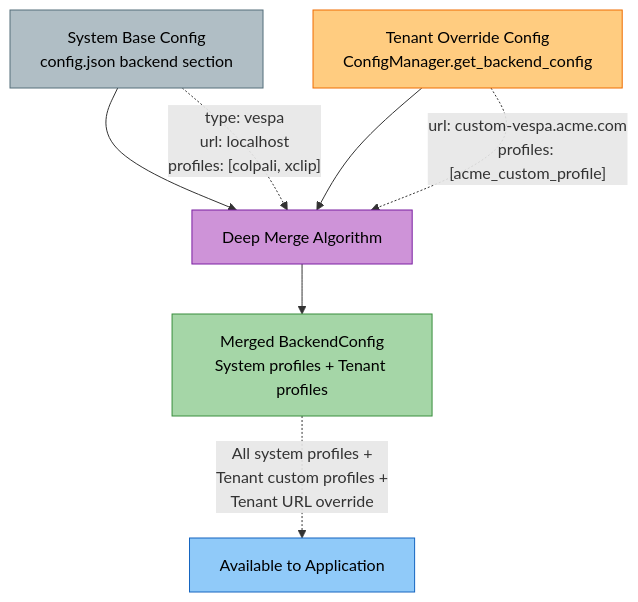
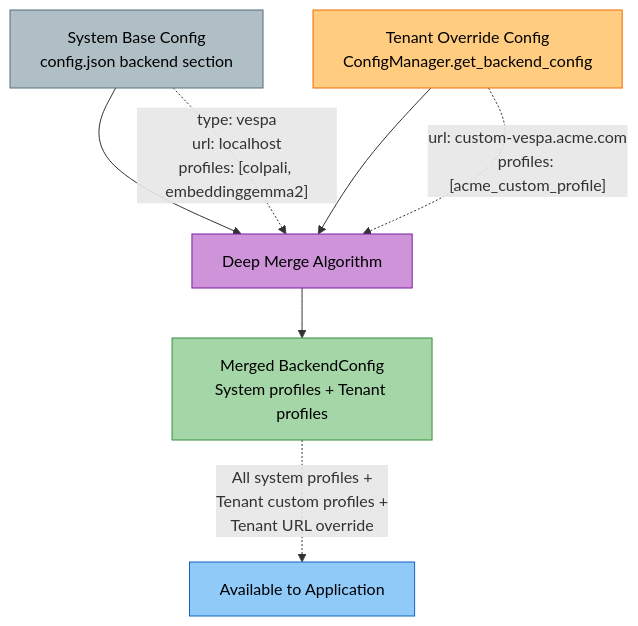
Before and after one commit to amit-jain/cogniverse: the second of 9 diagrams in docs/modules/backends.md, drawn with Mermaid. The commit also changed other lines of this file and 161 other files, not shown here.

````diff
--- a/docs/modules/backends.md
+++ b/docs/modules/backends.md
@@ -329,16 +330,16 @@
 ```mermaid
 flowchart TB
     SystemConfig["<span style='color:#000'>System Base Config<br/>config.json backend section</span>"] --> Merge["<span style='color:#000'>Deep Merge Algorithm</span>"]
     TenantConfig["<span style='color:#000'>Tenant Override Config<br/>ConfigManager.get_backend_config</span>"] --> Merge
     Merge --> MergedConfig["<span style='color:#000'>Merged BackendConfig<br/>System profiles + Tenant profiles</span>"]
 
-    SystemConfig -.->|"type: vespa<br/>url: localhost<br/>profiles: [colpali, xclip]"| Merge
+    SystemConfig -.->|"type: vespa<br/>url: localhost<br/>profiles: [colpali, embeddinggemma2]"| Merge
     TenantConfig -.->|"url: custom-vespa.acme.com<br/>profiles: [acme_custom_profile]"| Merge
     MergedConfig -.->|"All system profiles +<br/>Tenant custom profiles +<br/>Tenant URL override"| Result["<span style='color:#000'>Available to Application</span>"]
 
     style SystemConfig fill:#b0bec5,stroke:#546e7a,color:#000
     style TenantConfig fill:#ffcc80,stroke:#ef6c00,color:#000
     style Merge fill:#ce93d8,stroke:#7b1fa2,color:#000
     style MergedConfig fill:#a5d6a7,stroke:#388e3c,color:#000
     style Result fill:#90caf9,stroke:#1565c0,color:#000
 ```
````
